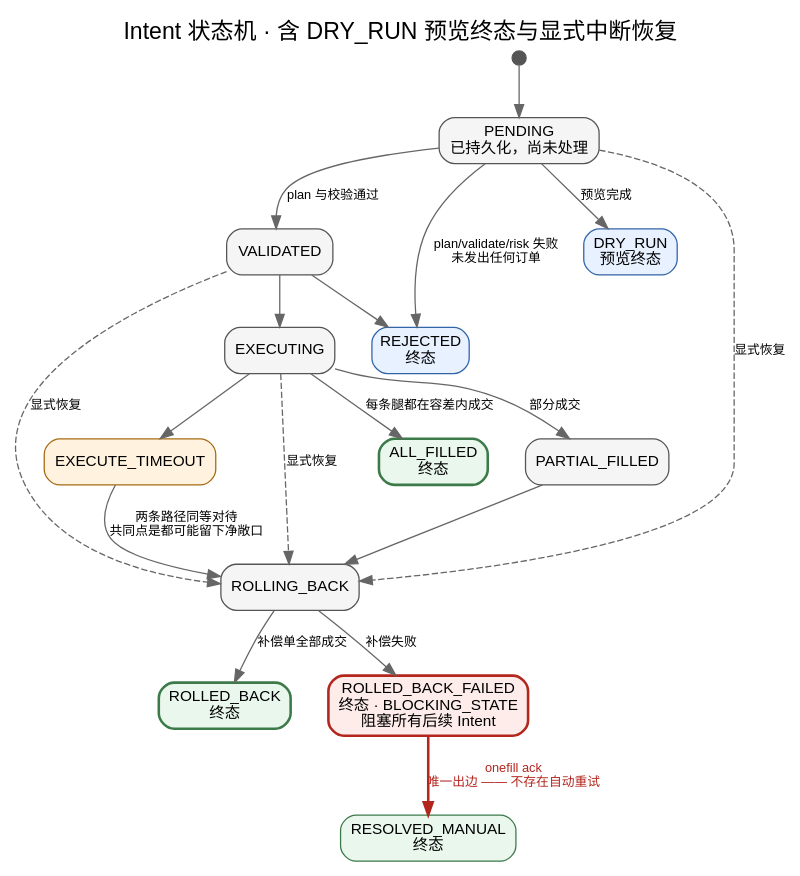
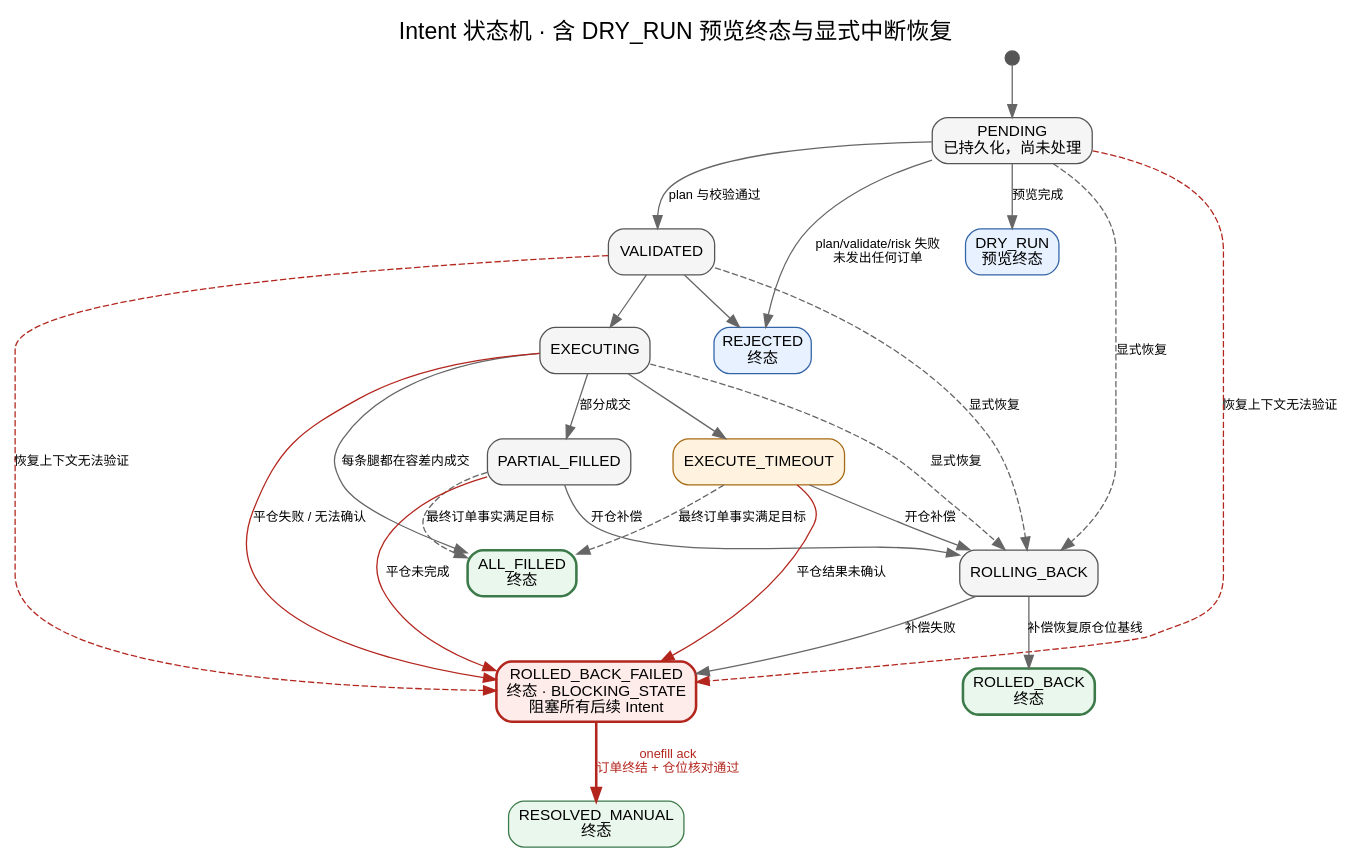
Before and after one commit to 0xkayne/OmniTrade: the diagram in docs/assets/base-state-machine-intent.dot, drawn with Graphviz. The commit also changed 40 other files, not shown here.

```diff
--- a/docs/assets/base-state-machine-intent.dot
+++ b/docs/assets/base-state-machine-intent.dot
@@ -1,51 +1,58 @@
 // 状态机（Intent 级）—— 含唯一的阻断态与其人工出边
 // 源码位置：src/coordinator/state_machine.py（_TRANSITIONS 是合法转移的权威来源）
 // 重新生成：scripts/render_diagrams.sh base-state-machine-intent
 
 digraph base_state_machine_intent {
   graph [
     fontname="Helvetica", fontsize="18",
     rankdir=TB, compound=true, nodesep=0.4, ranksep=0.55,
     labelloc="t",
     label="Intent 状态机 · 含 DRY_RUN 预览终态与显式中断恢复"
   ];
   node [fontname="Helvetica", fontsize="12", shape=box, style="rounded,filled",
         fillcolor="#f5f5f5", color="#555555"];
   edge [fontname="Helvetica", fontsize="10", color="#666666"];
 
   start [label="", shape=circle, width=0.15, style=filled, fillcolor="#555555", color="#555555"];
   pending   [label="PENDING\n已持久化，尚未处理"];
   validated [label="VALIDATED"];
   executing [label="EXECUTING"];
   rejected  [label="REJECTED\n终态", fillcolor="#e8f1ff", color="#3264a8"];
   dryrun [label="DRY_RUN\n预览终态", fillcolor="#e8f1ff", color="#3264a8"];
   allfilled [label="ALL_FILLED\n终态", fillcolor="#eaf7ed", color="#3c7a4a", penwidth=2];
   partial   [label="PARTIAL_FILLED"];
   timeout   [label="EXECUTE_TIMEOUT", fillcolor="#fff3df", color="#a66a14"];
   rolling   [label="ROLLING_BACK"];
   rolled    [label="ROLLED_BACK\n终态", fillcolor="#eaf7ed", color="#3c7a4a", penwidth=2];
   failed    [label="ROLLED_BACK_FAILED\n终态 · BLOCKING_STATE\n阻塞所有后续 Intent",
              fillcolor="#fdecea", color="#b3261e", penwidth=2];
   resolved  [label="RESOLVED_MANUAL\n终态", fillcolor="#eaf7ed", color="#3c7a4a"];
 
   start -> pending;
   pending   -> validated [label="plan 与校验通过"];
   pending -> dryrun [label="预览完成"];
   pending -> rolling [label="显式恢复", style=dashed];
   validated -> rolling [label="显式恢复", style=dashed];
+  pending -> failed [label="恢复上下文无法验证", style=dashed, color="#b3261e"];
+  validated -> failed [label="恢复上下文无法验证", style=dashed, color="#b3261e"];
   executing -> rolling [label="显式恢复", style=dashed];
   pending   -> rejected  [label="plan/validate/risk 失败\n未发出任何订单"];
   validated -> executing;
   validated -> rejected;
   executing -> allfilled [label="每条腿都在容差内成交"];
   executing -> partial   [label="部分成交"];
   executing -> timeout;
 
-  partial -> rolling;
-  timeout -> rolling [label="两条路径同等对待\n共同点是都可能留下净敞口"];
-  rolling -> rolled  [label="补偿单全部成交"];
+  executing -> failed [label="平仓失败 / 无法确认", color="#b3261e"];
+  partial -> failed [label="平仓未完成", color="#b3261e"];
+  timeout -> failed [label="平仓结果未确认", color="#b3261e"];
+  partial -> allfilled [label="最终订单事实满足目标", style=dashed];
+  timeout -> allfilled [label="最终订单事实满足目标", style=dashed];
+  partial -> rolling [label="开仓补偿"];
+  timeout -> rolling [label="开仓补偿"];
+  rolling -> rolled  [label="补偿恢复原仓位基线"];
   rolling -> failed  [label="补偿失败"];
 
-  failed -> resolved [label="onefill ack\n唯一出边 —— 不存在自动重试",
+  failed -> resolved [label="onefill ack\n订单终结 + 仓位核对通过",
                       style=bold, color="#b3261e", fontcolor="#b3261e"];
 }
```
